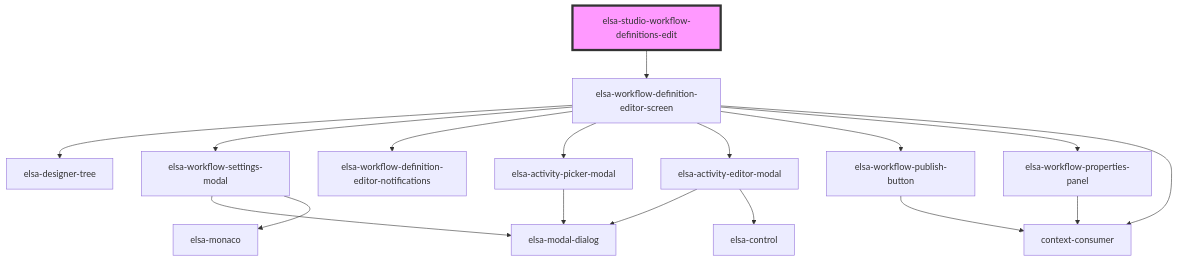
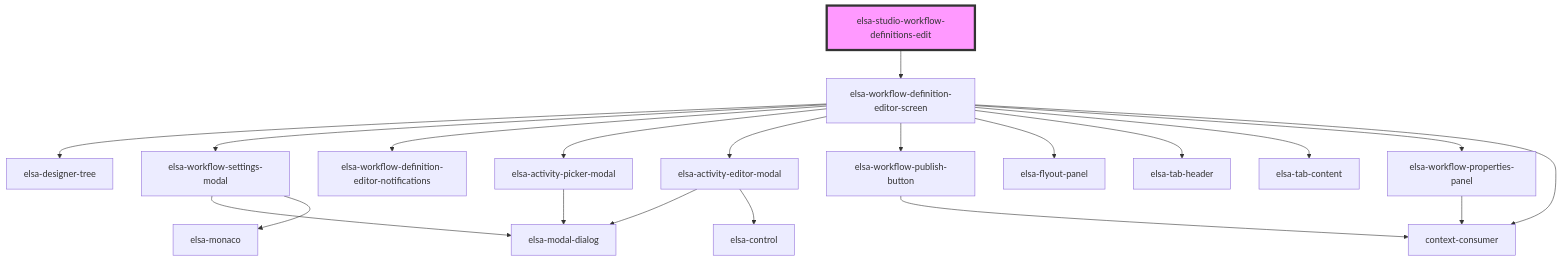
One commit to elsa-workflows/elsa-core changed the diagram in src/designer/elsa-workflows-studio/src/components/dashboard/pages/elsa-studio-workflow-definitions-edit/readme.md. Above: the diagram before and after it, drawn with Mermaid. The commit also changed 29 other files, not shown here.

Commit message:
Added flyout panel to instances page. Refactored existing properties panel to share the same component.

````diff
--- a/src/designer/elsa-workflows-studio/src/components/dashboard/pages/elsa-studio-workflow-definitions-edit/readme.md
+++ b/src/designer/elsa-workflows-studio/src/components/dashboard/pages/elsa-studio-workflow-definitions-edit/readme.md
@@ -22,20 +22,23 @@
 ```mermaid
 graph TD;
   elsa-studio-workflow-definitions-edit --> elsa-workflow-definition-editor-screen
   elsa-workflow-definition-editor-screen --> elsa-designer-tree
   elsa-workflow-definition-editor-screen --> elsa-workflow-settings-modal
   elsa-workflow-definition-editor-screen --> elsa-workflow-definition-editor-notifications
   elsa-workflow-definition-editor-screen --> elsa-activity-picker-modal
   elsa-workflow-definition-editor-screen --> elsa-activity-editor-modal
   elsa-workflow-definition-editor-screen --> elsa-workflow-publish-button
+  elsa-workflow-definition-editor-screen --> elsa-flyout-panel
+  elsa-workflow-definition-editor-screen --> elsa-tab-header
+  elsa-workflow-definition-editor-screen --> elsa-tab-content
   elsa-workflow-definition-editor-screen --> elsa-workflow-properties-panel
   elsa-workflow-definition-editor-screen --> context-consumer
   elsa-workflow-settings-modal --> elsa-modal-dialog
   elsa-workflow-settings-modal --> elsa-monaco
   elsa-activity-picker-modal --> elsa-modal-dialog
   elsa-activity-editor-modal --> elsa-modal-dialog
   elsa-activity-editor-modal --> elsa-control
   elsa-workflow-publish-button --> context-consumer
   elsa-workflow-properties-panel --> context-consumer
   style elsa-studio-workflow-definitions-edit fill:#f9f,stroke:#333,stroke-width:4px
 ```
````
